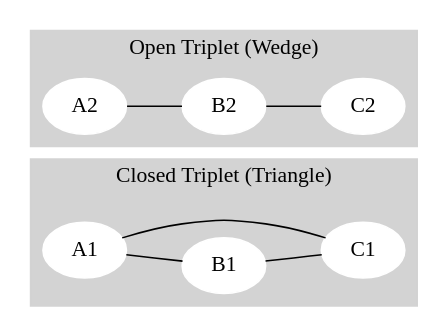
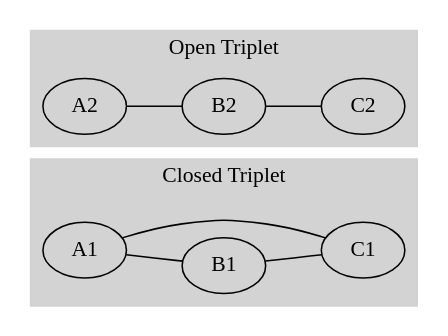
The third of 4 diagrams in docs/lecture-note/m02-small-world/01-concepts.qmd (skojaku/adv-net-sci), drawn with Graphviz before and after one commit.

Commit message:
Fix Graphviz layout error by using standard dot layout
- Remove problematic layout=circo from subgraphs
- Use standard layout=dot with rankdir=LR for main graph
- Add proper cluster styling with labels and background color
- Simplify diagram structure to avoid rendering errors

🤖 Generated with [Claude Code](https://claude.ai/code)

````diff
--- a/docs/lecture-note/m02-small-world/01-concepts.qmd
+++ b/docs/lecture-note/m02-small-world/01-concepts.qmd
@@ -231,28 +231,27 @@
 ```{dot}
 //| fig-width: 4
 //| fig-height: 2
 //| fig-cap: "Connected triplets: closed (triangle) vs open (wedge)"
 //| fig-align: center
 graph G {
+  layout=dot;
   rankdir=LR;
 
   subgraph cluster_0 {
-    label="Closed Triplet (Triangle)";
+    label="Closed Triplet";
     style=filled;
     color=lightgrey;
-    node [style=filled,color=white];
     A1 -- B1;
     B1 -- C1;
     C1 -- A1;
   }
 
   subgraph cluster_1 {
-    label="Open Triplet (Wedge)";
+    label="Open Triplet";
     style=filled;
     color=lightgrey;
-    node [style=filled,color=white];
     A2 -- B2;
     B2 -- C2;
   }
 }
 ```
````
